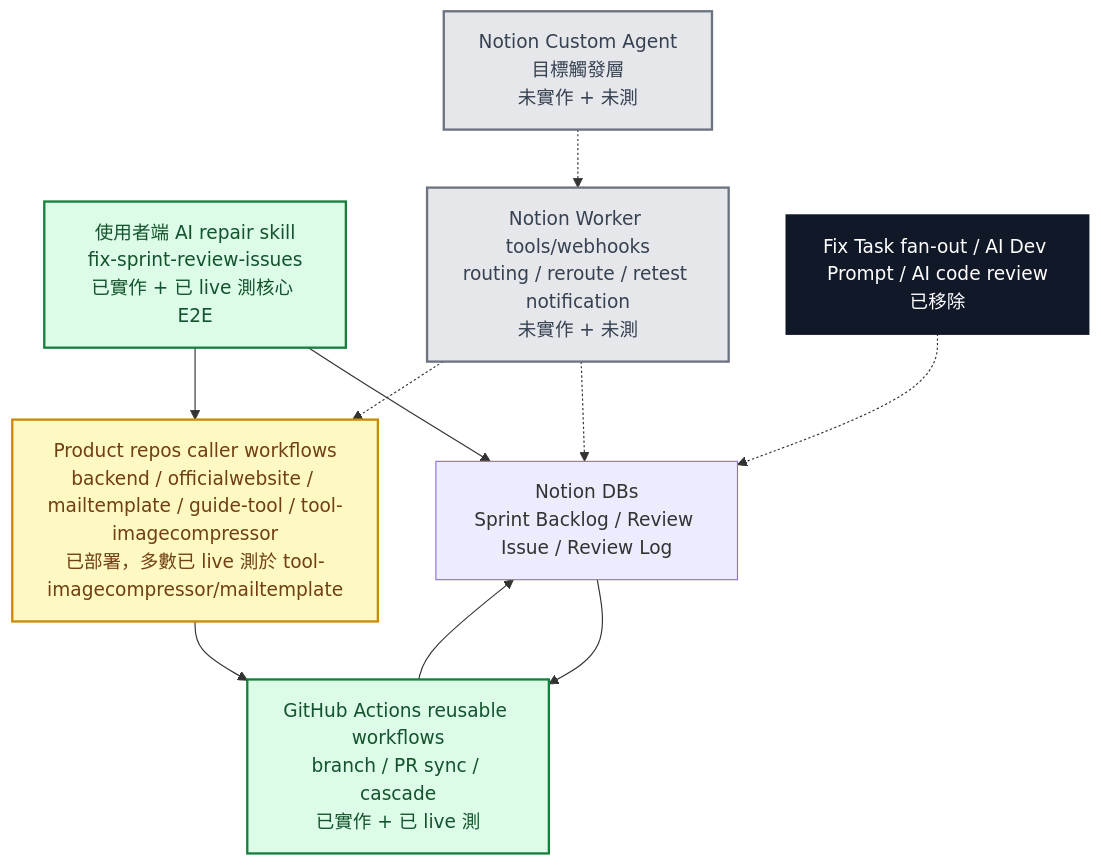
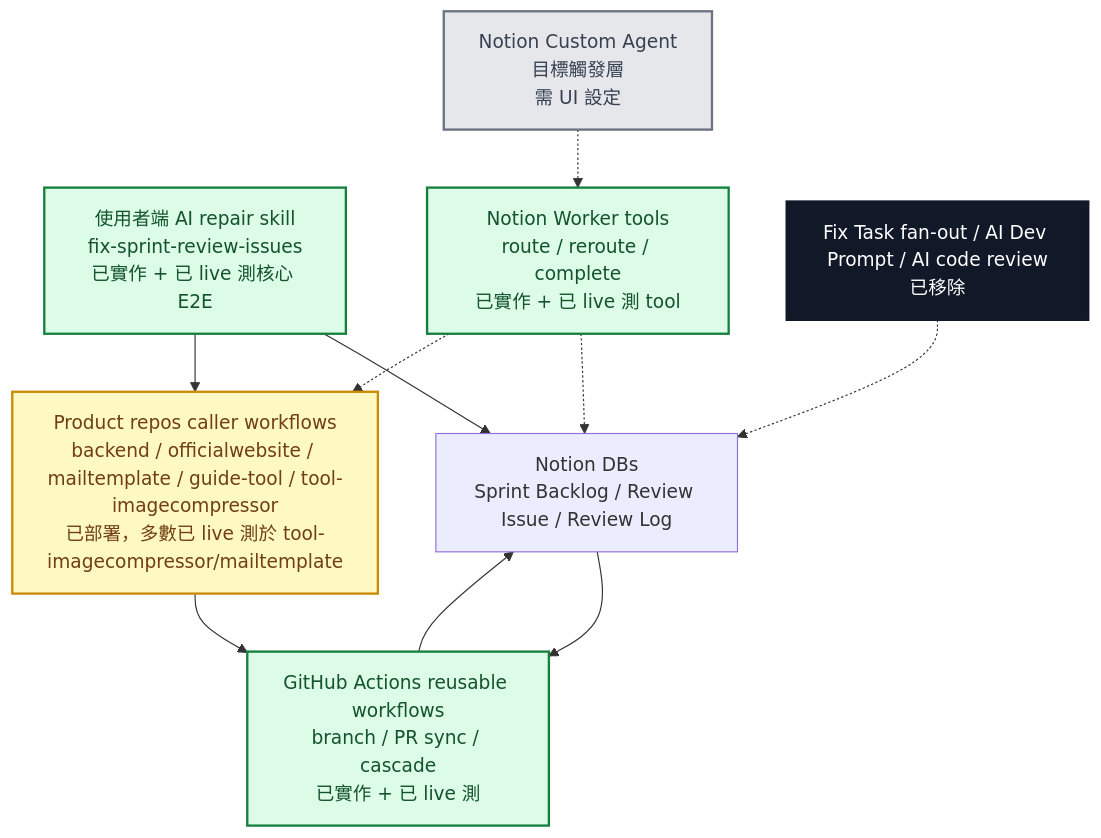
The second of 8 diagrams in docs/notion-automation-flow-map.md (ARTOGO/github-docs), drawn with Mermaid before and after one commit. The commit also changed other lines of this file and 5 other files, not shown here.

Commit message:
Update worker live test status

````diff
--- a/docs/notion-automation-flow-map.md
+++ b/docs/notion-automation-flow-map.md
@@ -47,22 +47,22 @@
 ```mermaid
 flowchart TD
   notion["Notion DBs<br/>Sprint Backlog / Review Issue / Review Log"] --> ghActions["GitHub Actions reusable workflows<br/>branch / PR sync / cascade<br/>已實作 + 已 live 測"]
   productRepos["Product repos caller workflows<br/>backend / officialwebsite / mailtemplate / guide-tool / tool-imagecompressor<br/>已部署，多數已 live 測於 tool-imagecompressor/mailtemplate"] --> ghActions
   userAI["使用者端 AI repair skill<br/>fix-sprint-review-issues<br/>已實作 + 已 live 測核心 E2E"] --> notion
   userAI --> productRepos
   ghActions --> notion
-  notionAgent["Notion Custom Agent<br/>目標觸發層<br/>未實作 + 未測"] -.-> worker["Notion Worker tools/webhooks<br/>routing / reroute / retest notification<br/>未實作 + 未測"]
+  notionAgent["Notion Custom Agent<br/>目標觸發層<br/>需 UI 設定"] -.-> worker["Notion Worker tools<br/>route / reroute / complete<br/>已實作 + 已 live 測 tool"]
   worker -.-> notion
   worker -.-> productRepos
   legacy["Fix Task fan-out / AI Dev Prompt / AI code review<br/>已移除"] -.-> notion
 
   classDef done fill:#dcfce7,stroke:#15803d,color:#14532d,stroke-width:2px
   classDef partial fill:#fef9c3,stroke:#ca8a04,color:#713f12,stroke-width:2px
   classDef todo fill:#e5e7eb,stroke:#6b7280,color:#374151,stroke-width:2px
   classDef removed fill:#111827,stroke:#111827,color:#ffffff,stroke-width:2px
 
-  class ghActions,userAI done
+  class ghActions,userAI,worker done
   class productRepos partial
-  class notionAgent,worker todo
+  class notionAgent todo
   class legacy removed
 ```
````
